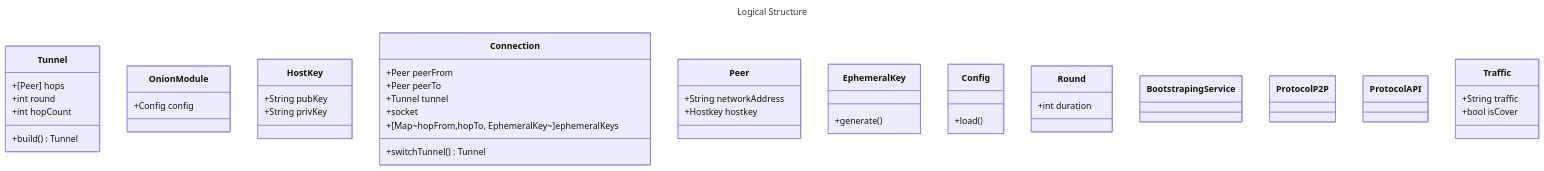
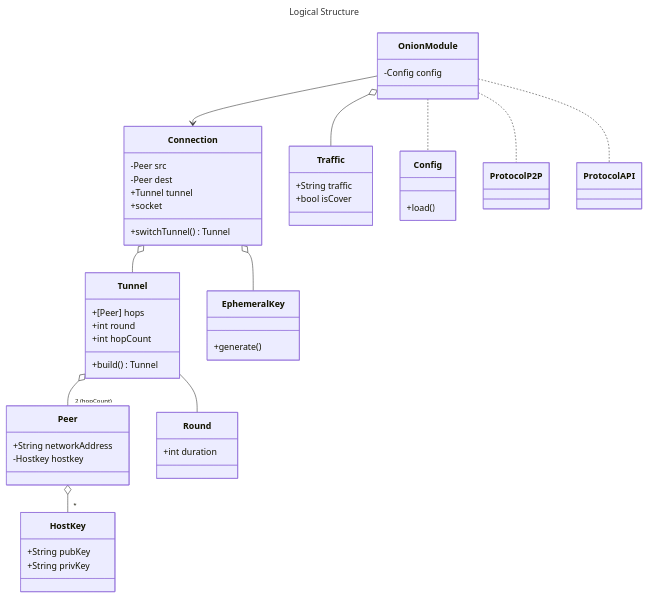
The diagram in src/reports/midterm_report.md (kandelak/onion-book), drawn with Mermaid before and after one commit.

Commit message:
add connection - UML Diagram

````diff
--- a/src/reports/midterm_report.md
+++ b/src/reports/midterm_report.md
@@ -27,61 +27,67 @@
 ```mermaid
 ---
 title: Logical Structure
 ---
 classDiagram
-    
+    direction TB
+    Tunnel o-- "2 (hopCount)" Peer
+    Peer o-- "*" HostKey
+    Connection o-- Tunnel
+    Connection o-- EphemeralKey
+    Tunnel -- Round
+    OnionModule --> Connection
+    OnionModule o-- Traffic
+    OnionModule .. Config
+    OnionModule ..ProtocolP2P
+    OnionModule ..ProtocolAPI
     class Tunnel{
         +[Peer] hops    
         +int round
         +int hopCount
         +build() Tunnel
     }
 
     class OnionModule{
-        +Config config
+        -Config config
     }
 
     class HostKey{
         +String pubKey
         +String privKey
     }
     class Connection{
-        +Peer peerFrom
-        +Peer peerTo
+        -Peer src
+        -Peer dest
         +switchTunnel() Tunnel
         +Tunnel tunnel
         +socket
-        +[Map~hopFrom,hopTo, EphemeralKey~]ephemeralKeys
     }
 
     class Peer{
         +String networkAddress
-        +Hostkey hostkey
+        -Hostkey hostkey
     }
 
     class EphemeralKey{
         +generate() 
     }
 
     class Config{
         +load()
     }
 
     class Round{
         +int duration
     }
 
-    class BootstrapingService{
-
-    }
-
     class ProtocolP2P{
     }
     class ProtocolAPI{
     }
+
     class Traffic{
         +String traffic
         +bool isCover
     }
 
 ```
````
